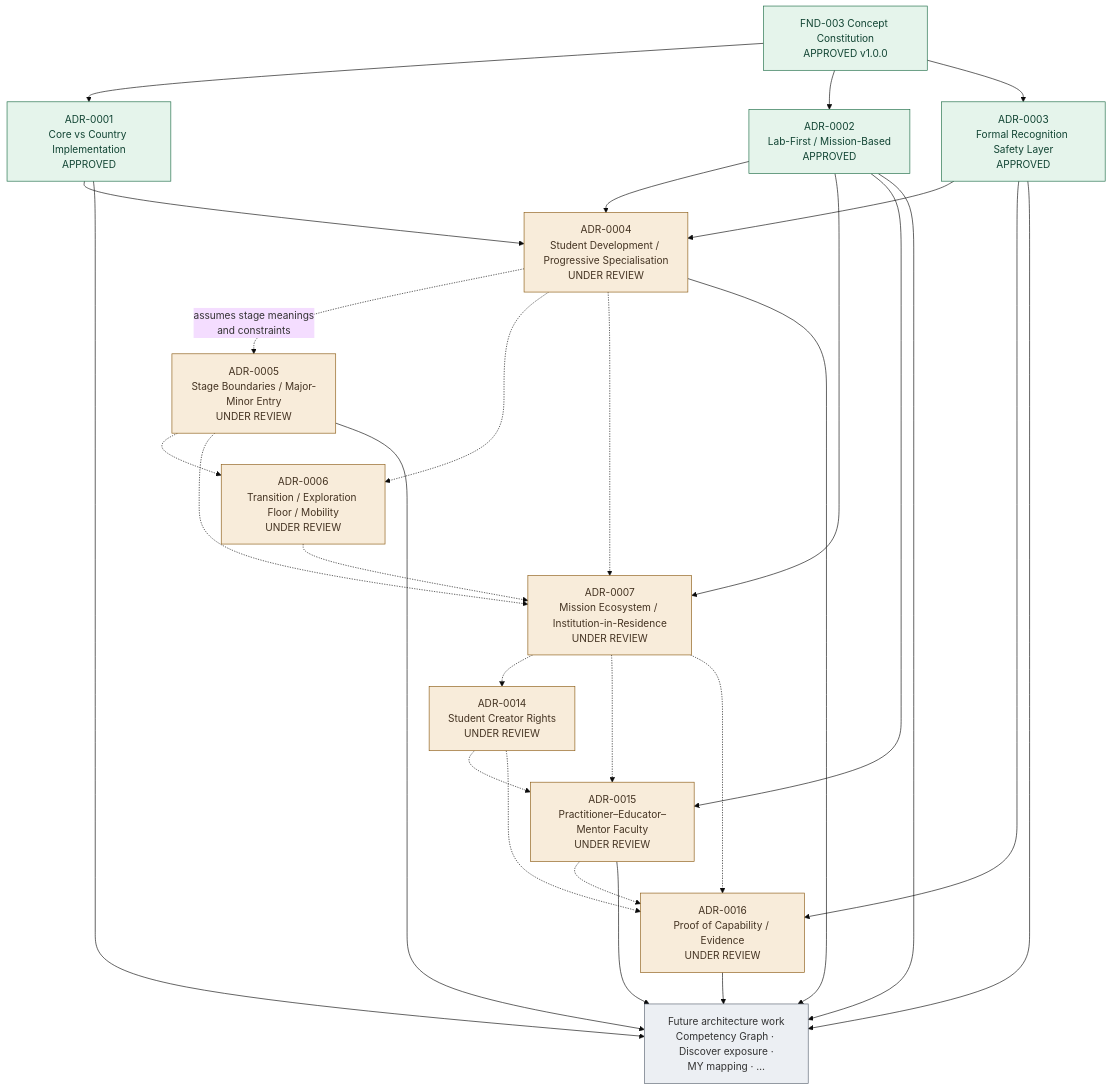
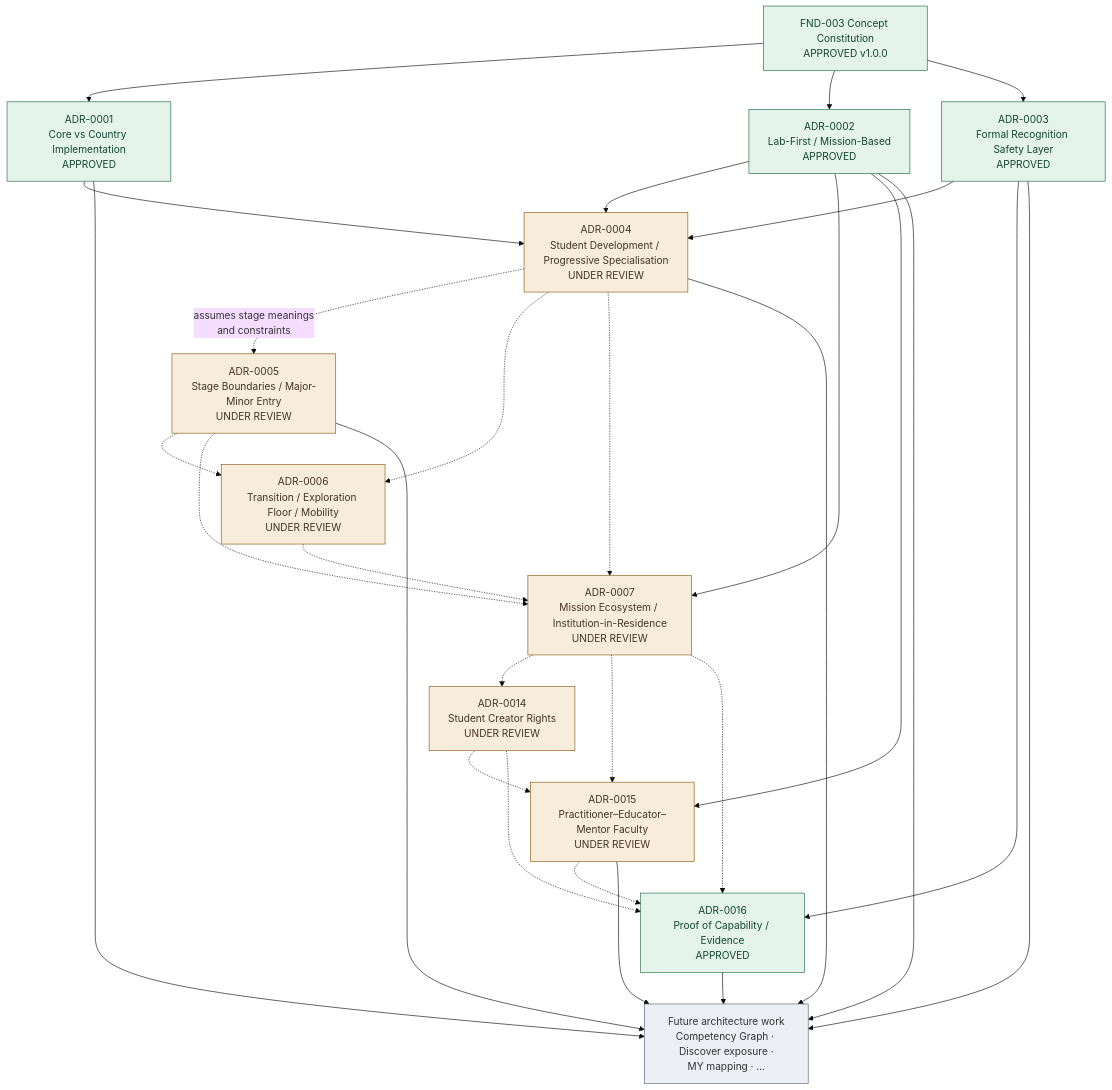
Before and after one commit to sp7037/tarbiyat-malaysia-school-blueprint: the diagram in portal/docs/roadmap.md, drawn with Mermaid (base theme). The commit also changed other lines of this file and 23 other files, not shown here.

Commit message:
docs: approve Proof of Capability architecture and add operating pack

````diff
--- a/portal/docs/roadmap.md
+++ b/portal/docs/roadmap.md
@@ -16,53 +16,53 @@
 ```mermaid
 flowchart TD
   CC["FND-003 Concept Constitution<br/>APPROVED v1.0.0"]
 
   A1["ADR-0001<br/>Core vs Country Implementation<br/>APPROVED"]
   A2["ADR-0002<br/>Lab-First / Mission-Based<br/>APPROVED"]
   A3["ADR-0003<br/>Formal Recognition Safety Layer<br/>APPROVED"]
   A4["ADR-0004<br/>Student Development / Progressive Specialisation<br/>UNDER REVIEW"]
   A5["ADR-0005<br/>Stage Boundaries / Major-Minor Entry<br/>UNDER REVIEW"]
   A6["ADR-0006<br/>Transition / Exploration Floor / Mobility<br/>UNDER REVIEW"]
   A7["ADR-0007<br/>Mission Ecosystem / Institution-in-Residence<br/>UNDER REVIEW"]
   A14["ADR-0014<br/>Student Creator Rights<br/>UNDER REVIEW"]
   A15["ADR-0015<br/>Practitioner–Educator–Mentor Faculty<br/>UNDER REVIEW"]
-  A16["ADR-0016<br/>Proof of Capability / Evidence<br/>UNDER REVIEW"]
+  A16["ADR-0016<br/>Proof of Capability / Evidence<br/>APPROVED"]
 
   FUT["Future architecture work<br/>Competency Graph · Discover exposure ·<br/>MY mapping · …"]
 
   CC --> A1
   CC --> A2
   CC --> A3
   A1 --> A4
   A2 --> A4
   A3 --> A4
   A4 -.->|assumes stage meanings<br/>and constraints| A5
   A4 -.-> A6
   A5 -.-> A6
   A2 --> A7
   A4 -.-> A7
   A5 -.-> A7
   A6 -.-> A7
   A7 -.-> A14
   A2 --> A15
   A7 -.-> A15
   A14 -.-> A15
   A3 --> A16
   A7 -.-> A16
   A14 -.-> A16
   A15 -.-> A16
   A1 --> FUT
   A2 --> FUT
   A3 --> FUT
   A4 --> FUT
   A5 --> FUT
   A15 --> FUT
   A16 --> FUT
 
   classDef approved fill:#e5f4eb,stroke:#1b6b45,color:#143
   classDef review fill:#f8ecda,stroke:#8a5a12,color:#432
   classDef future fill:#eceff3,stroke:#5a6270,color:#333
-  class CC,A1,A2,A3 approved
-  class A4,A5,A6,A7,A14,A15,A16 review
+  class CC,A1,A2,A3,A16 approved
+  class A4,A5,A6,A7,A14,A15 review
   class FUT future
 ```
````
